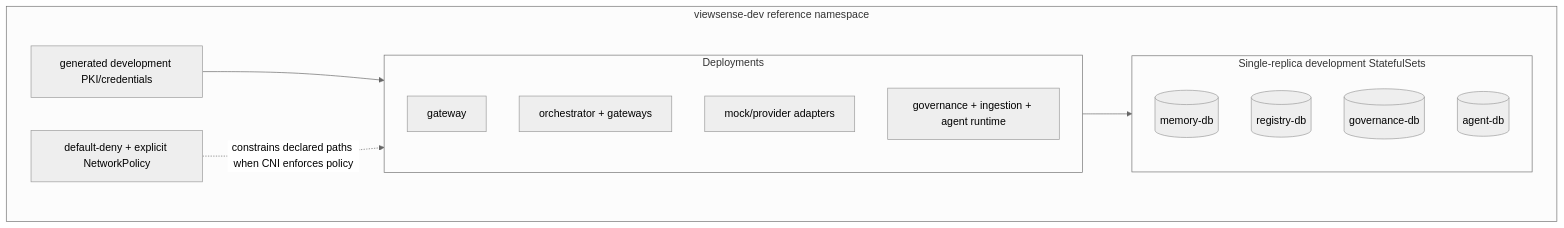
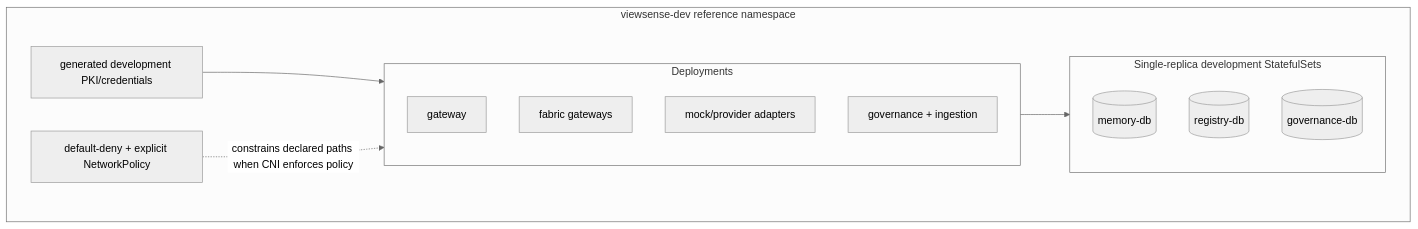
One commit to diaryfolio/aiops-fabric-docs changed the first of 3 diagrams in docs/design/high-level/20-deployment/01-deployment-topology-sizing.md. Above: the diagram before and after it, drawn with Mermaid (neutral theme). The commit also changed other lines of this file and 57 other files, not shown here.

````diff
--- a/docs/design/high-level/20-deployment/01-deployment-topology-sizing.md
+++ b/docs/design/high-level/20-deployment/01-deployment-topology-sizing.md
@@ -7,22 +7,21 @@
 ```mermaid
 flowchart TB
     subgraph Namespace["viewsense-dev reference namespace"]
       subgraph Stateless["Deployments"]
         Edge["gateway"]
-        Control["orchestrator + gateways"]
+        Control["fabric gateways"]
         Providers["mock/provider adapters"]
-        Admin["governance + ingestion + agent runtime"]
+        Admin["governance + ingestion"]
       end
       subgraph Stateful["Single-replica development StatefulSets"]
         MemoryDB[("memory-db")]
         RegistryDB[("registry-db")]
         GovernanceDB[("governance-db")]
-        AgentDB[("agent-db")]
       end
       Policy["default-deny + explicit NetworkPolicy"]
       Secrets["generated development PKI/credentials"]
     end
     Secrets --> Stateless
     Stateless --> Stateful
     Policy -. "constrains declared paths when CNI enforces policy" .-> Stateless
 ```
````
